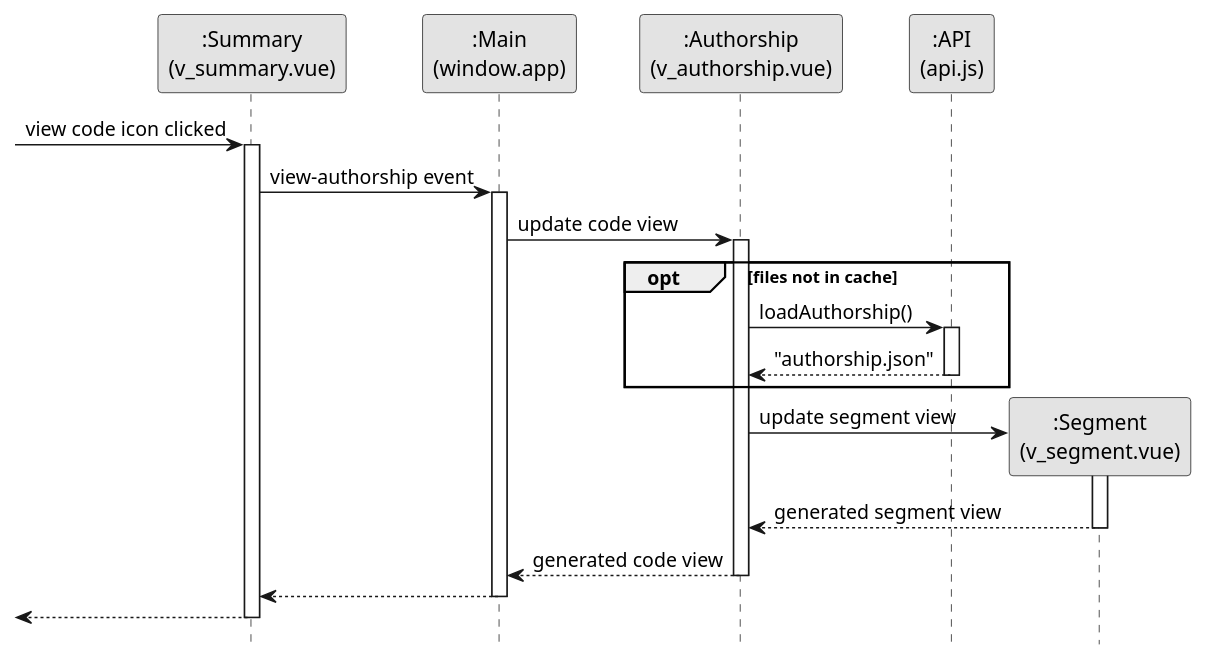
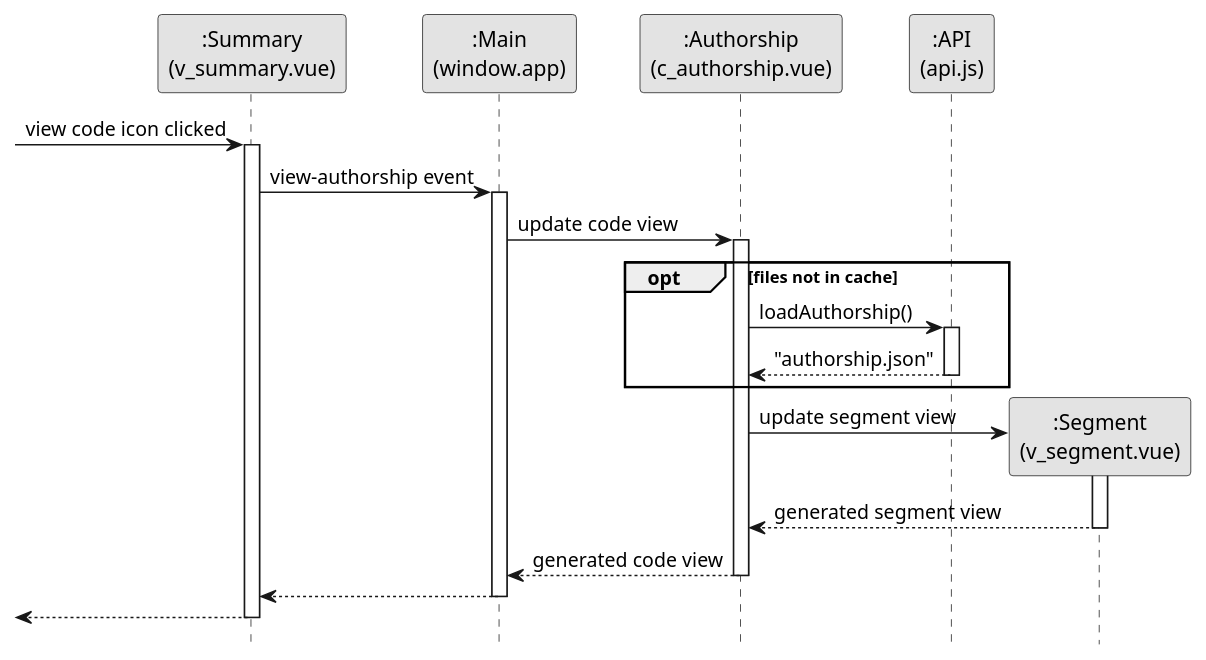
One commit to reposense/RepoSense changed the diagram in docs/diagrams/ReportArchitectureAuthorship.puml. Above: the diagram before and after it, drawn with PlantUML. The commit also changed 14 other files, not shown here.

```diff
--- a/docs/diagrams/ReportArchitectureAuthorship.puml
+++ b/docs/diagrams/ReportArchitectureAuthorship.puml
@@ -1,46 +1,46 @@
 @startuml
 hide footbox
 skinparam monochrome true
 skinparam Shadowing false
 
 Participant ":Summary\n(v_summary.vue)" as summary
 Participant ":Main\n(window.app)" as main
-Participant ":Authorship\n(v_authorship.vue)" as authorship
+Participant ":Authorship\n(c_authorship.vue)" as authorship
 Participant ":API\n(api.js)" as api
 Participant ":Segment\n(v_segment.vue)" as segment
 
 -> summary : view code icon clicked
 activate summary
 
 summary -> main : view-authorship event
 activate main
 
 main -> authorship : update code view
 activate authorship
 
 opt files not in cache
 
 authorship -> api : loadAuthorship()
 activate api
 
 api --> authorship: "authorship.json"
 deactivate api
 
 end
 
 create segment
 authorship -> segment : update segment view
 activate segment
 
 segment --> authorship : generated segment view
 deactivate segment
 
 authorship --> main : generated code view
 deactivate authorship
 
 main --> summary
 deactivate main
 
 <-- summary
 deactivate summary
 @enduml
```
